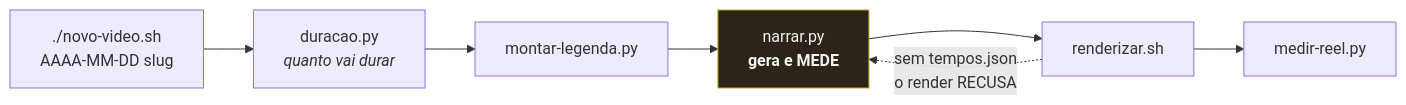
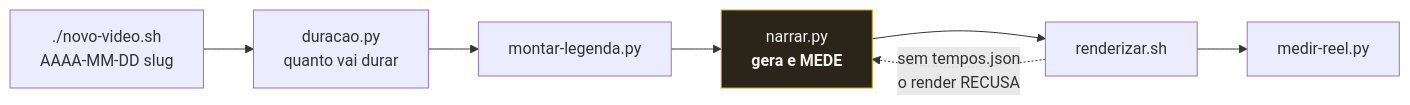
One commit to claudiogpt/motor-de-canal changed the fourth of 4 diagrams in docs/01-como-funciona.md. Above: the diagram before and after it, drawn with Mermaid. The commit also changed other lines of this file and 5 other files, not shown here.

````diff
--- a/docs/01-como-funciona.md
+++ b/docs/01-como-funciona.md
@@ -238,11 +236,11 @@
 ```mermaid
 flowchart LR
-    N["./novo-video.sh<br/>AAAA-MM-DD slug"] --> D["duracao.py<br/><i>quanto vai durar</i>"]
+    N["./novo-video.sh<br/>AAAA-MM-DD slug"] --> D["duracao.py<br/>quanto vai durar"]
     D --> L["montar-legenda.py"]
     L --> NA["narrar.py<br/><b>gera e MEDE</b>"]
     NA --> R["renderizar.sh"]
     R --> ME["medir-reel.py"]
 
     R -.->|"sem tempos.json<br/>o render RECUSA"| NA
     style NA fill:#2a2518,stroke:#C9A227,color:#F2F2F0
 ```
````
